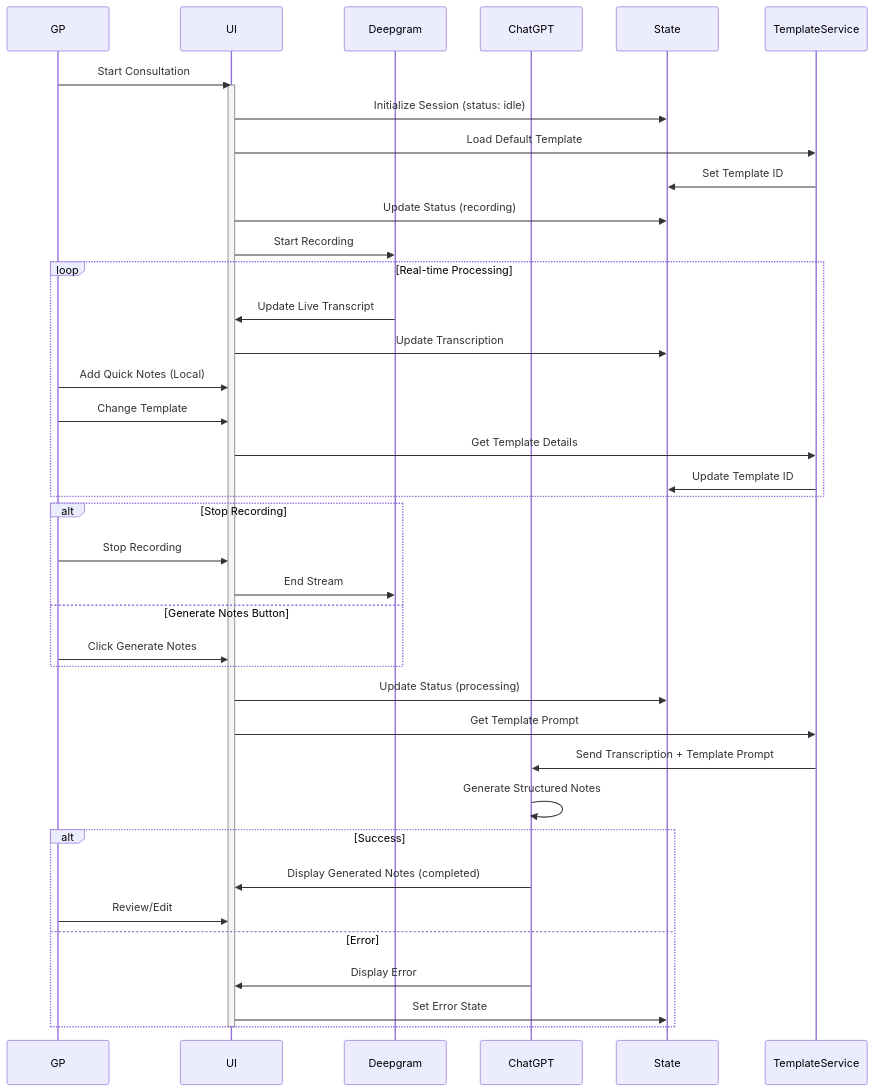
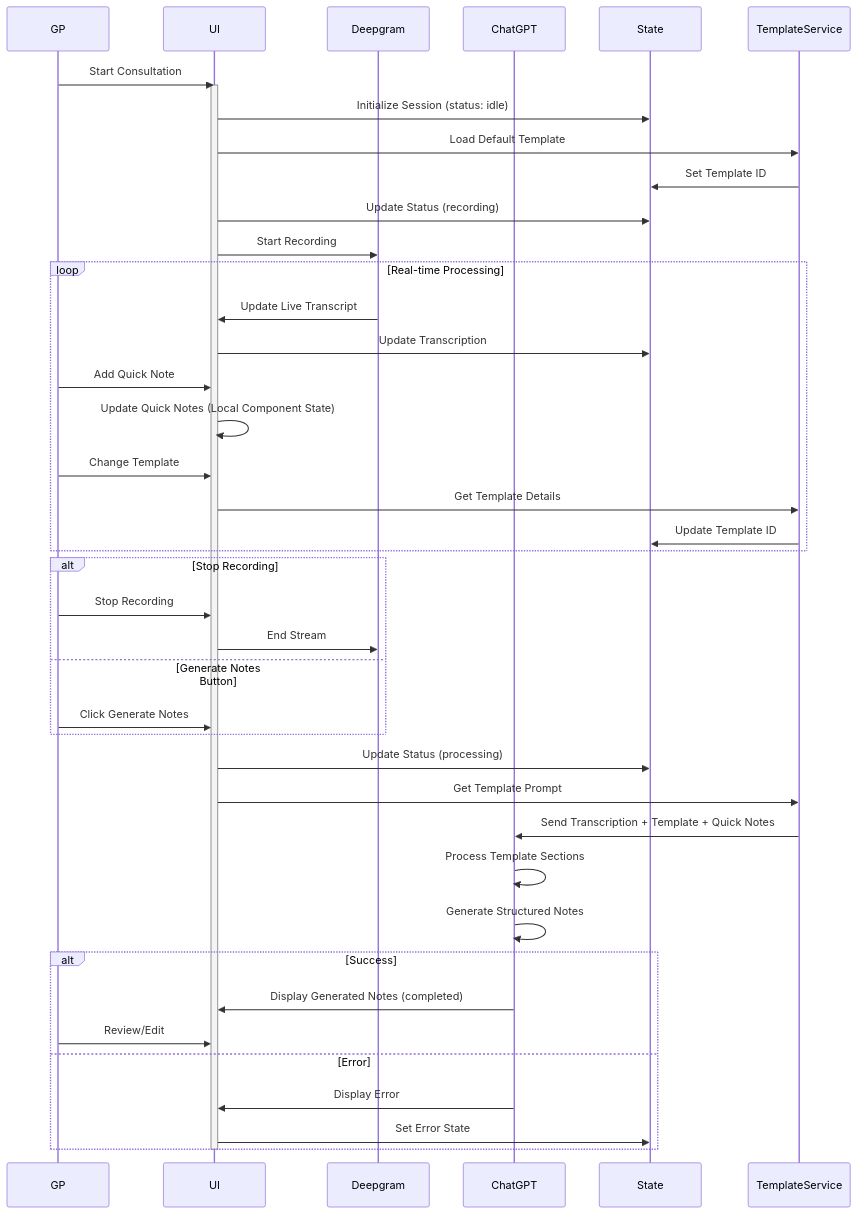
One commit to reonzpika/ClinicProNZ changed the first of 3 diagrams in docs/engineering/logic-flows.md. Above: the diagram before and after it, drawn with Mermaid. The commit also changed other lines of this file and 5 other files, not shown here.

Commit message:
docs: clarify quick notes as local UI state only - Update logic-flows.md and data-flow.md to show quick notes are handled within UI component - Remove unnecessary state management notes - Align with MVP requirements of no persistence

````diff
--- a/docs/engineering/logic-flows.md
+++ b/docs/engineering/logic-flows.md
@@ -9,47 +9,48 @@
 ```mermaid
 sequenceDiagram
     participant GP
     participant UI
     participant Deepgram
     participant ChatGPT
     participant State
     participant TemplateService
 
     GP->>UI: Start Consultation
     activate UI
     UI->>State: Initialize Session (status: idle)
     UI->>TemplateService: Load Default Template
     TemplateService->>State: Set Template ID
     UI->>State: Update Status (recording)
     UI->>Deepgram: Start Recording
 
     loop Real-time Processing
         Deepgram->>UI: Update Live Transcript
         UI->>State: Update Transcription
-        GP->>UI: Add Quick Notes (Local)
+        GP->>UI: Add Quick Note
+        UI->>UI: Update Quick Notes (Local Component State)
         GP->>UI: Change Template
         UI->>TemplateService: Get Template Details
         TemplateService->>State: Update Template ID
     end
 
     alt Stop Recording
         GP->>UI: Stop Recording
         UI->>Deepgram: End Stream
     else Generate Notes Button
         GP->>UI: Click Generate Notes
     end
 
     UI->>State: Update Status (processing)
     UI->>TemplateService: Get Template Prompt
-    TemplateService->>ChatGPT: Send Transcription + Template Prompt
+    TemplateService->>ChatGPT: Send Transcription + Template + Quick Notes
+    ChatGPT->>ChatGPT: Process Template Sections
     ChatGPT->>ChatGPT: Generate Structured Notes
     alt Success
         ChatGPT->>UI: Display Generated Notes (completed)
         GP->>UI: Review/Edit
-
     else Error
         ChatGPT->>UI: Display Error
         UI->>State: Set Error State
     end
     deactivate UI
 ```
````
